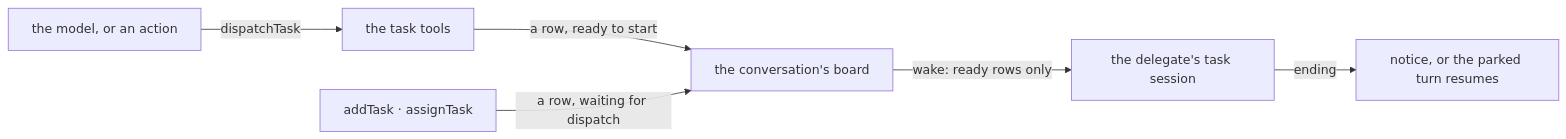
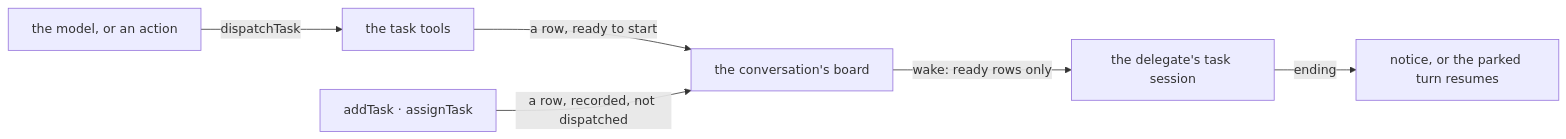
One commit to fixpoint-labs/flow-state-dev changed the second of 2 diagrams in specs/issues/FIX-1875/SPEC.md. Above: the diagram before and after it, drawn with Mermaid. The commit also changed other lines of this file and 8 other files, not shown here.

````diff
--- a/specs/issues/FIX-1875/SPEC.md
+++ b/specs/issues/FIX-1875/SPEC.md
@@ -84,8 +84,8 @@
 ```mermaid
 flowchart LR
   M["the model, or an action"] -->|"dispatchTask"| T["the task tools"]
   T -->|"a row, ready to start"| B["the conversation's board"]
-  A["addTask · assignTask"] -->|"a row, waiting for dispatch"| B
+  A["addTask · assignTask"] -->|"a row, recorded, not dispatched"| B
   B -->|"wake: ready rows only"| W["the delegate's task session"]
   W -->|"ending"| N["notice, or the parked turn resumes"]
 ```
````
